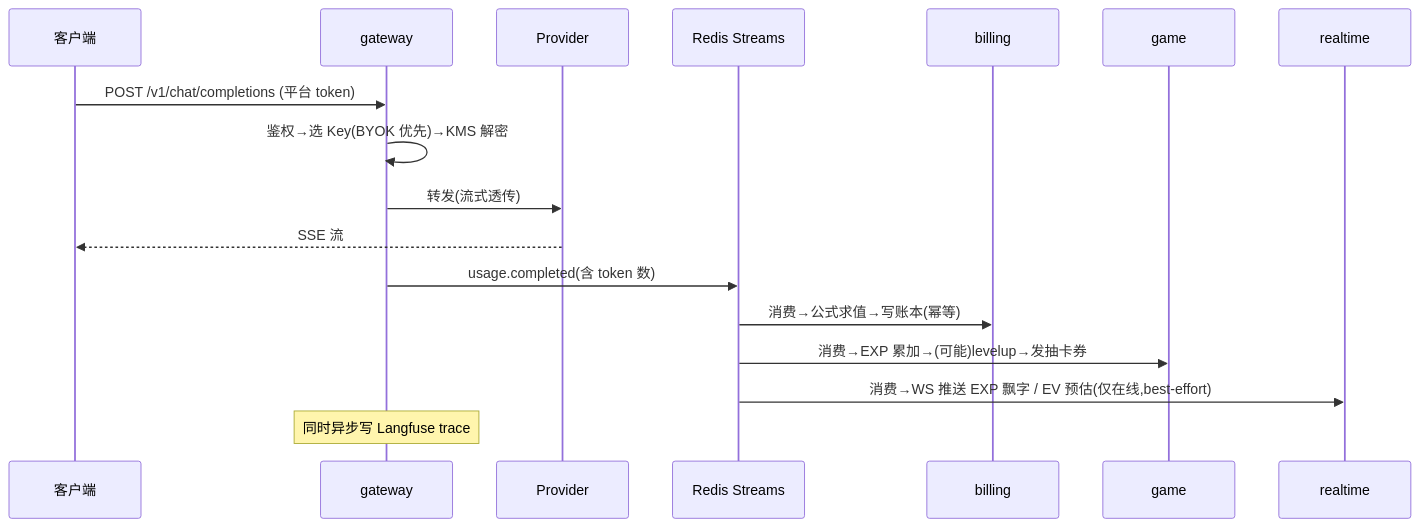
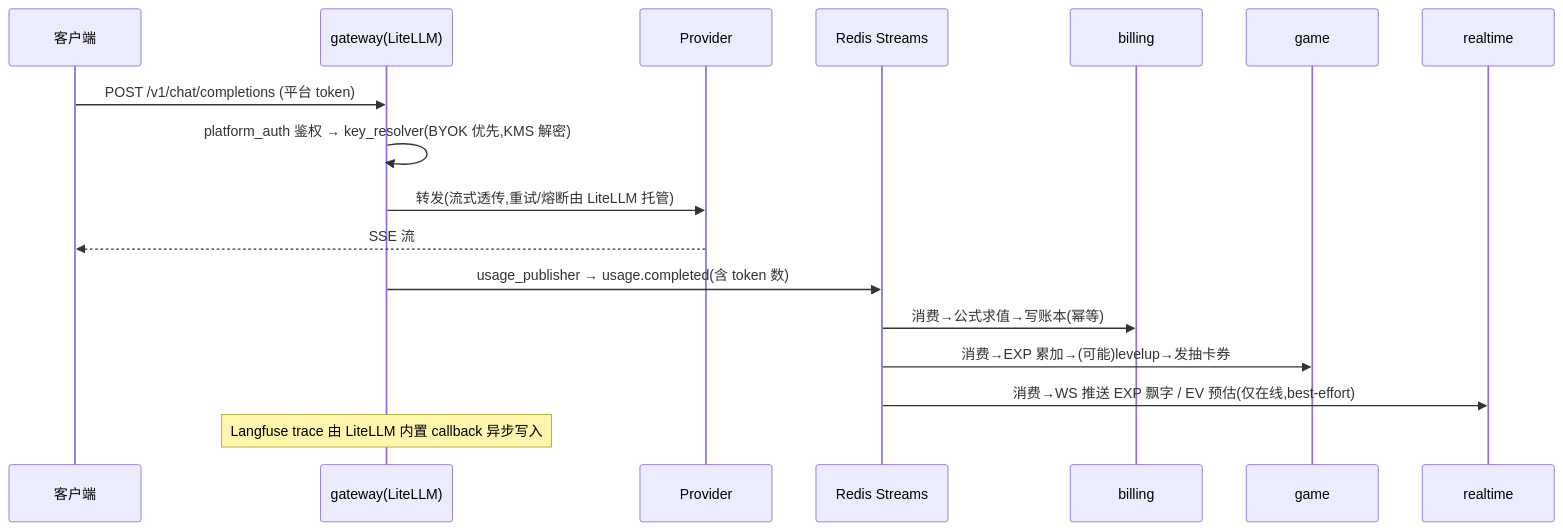
The second of 3 diagrams in docs/architecture.md (YuzuRain/Mogwai), drawn with Mermaid before and after one commit. The commit also changed other lines of this file and 2 other files, not shown here.

````diff
--- a/docs/architecture.md
+++ b/docs/architecture.md
@@ -202,20 +286,20 @@
 ```mermaid
 sequenceDiagram
     participant C as 客户端
-    participant G as gateway
+    participant G as gateway(LiteLLM)
     participant P as Provider
     participant R as Redis Streams
     participant B as billing
     participant GM as game
     participant RT as realtime
 
     C->>G: POST /v1/chat/completions (平台 token)
-    G->>G: 鉴权→选 Key(BYOK 优先)→KMS 解密
-    G->>P: 转发(流式透传)
+    G->>G: platform_auth 鉴权 → key_resolver(BYOK 优先,KMS 解密)
+    G->>P: 转发(流式透传,重试/熔断由 LiteLLM 托管)
     P-->>C: SSE 流
-    G->>R: usage.completed(含 token 数)
+    G->>R: usage_publisher → usage.completed(含 token 数)
     R->>B: 消费→公式求值→写账本(幂等)
     R->>GM: 消费→EXP 累加→(可能)levelup→发抽卡券
     R->>RT: 消费→WS 推送 EXP 飘字 / EV 预估(仅在线,best-effort)
-    Note over G: 同时异步写 Langfuse trace
+    Note over G: Langfuse trace 由 LiteLLM 内置 callback 异步写入
 ```
````
